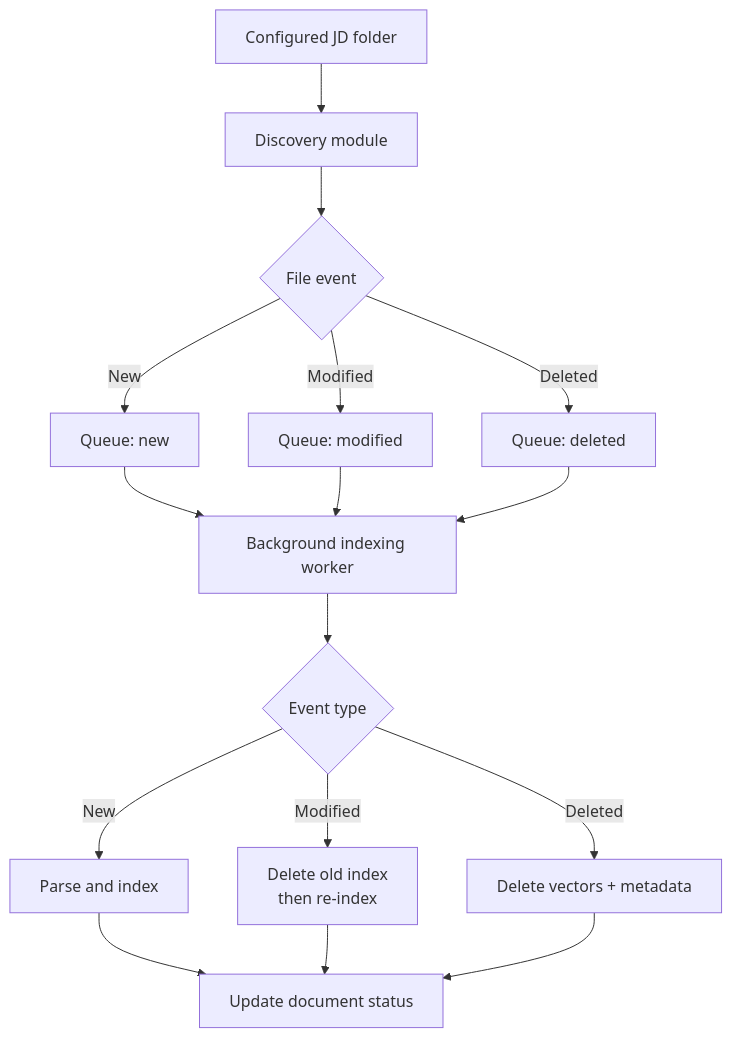
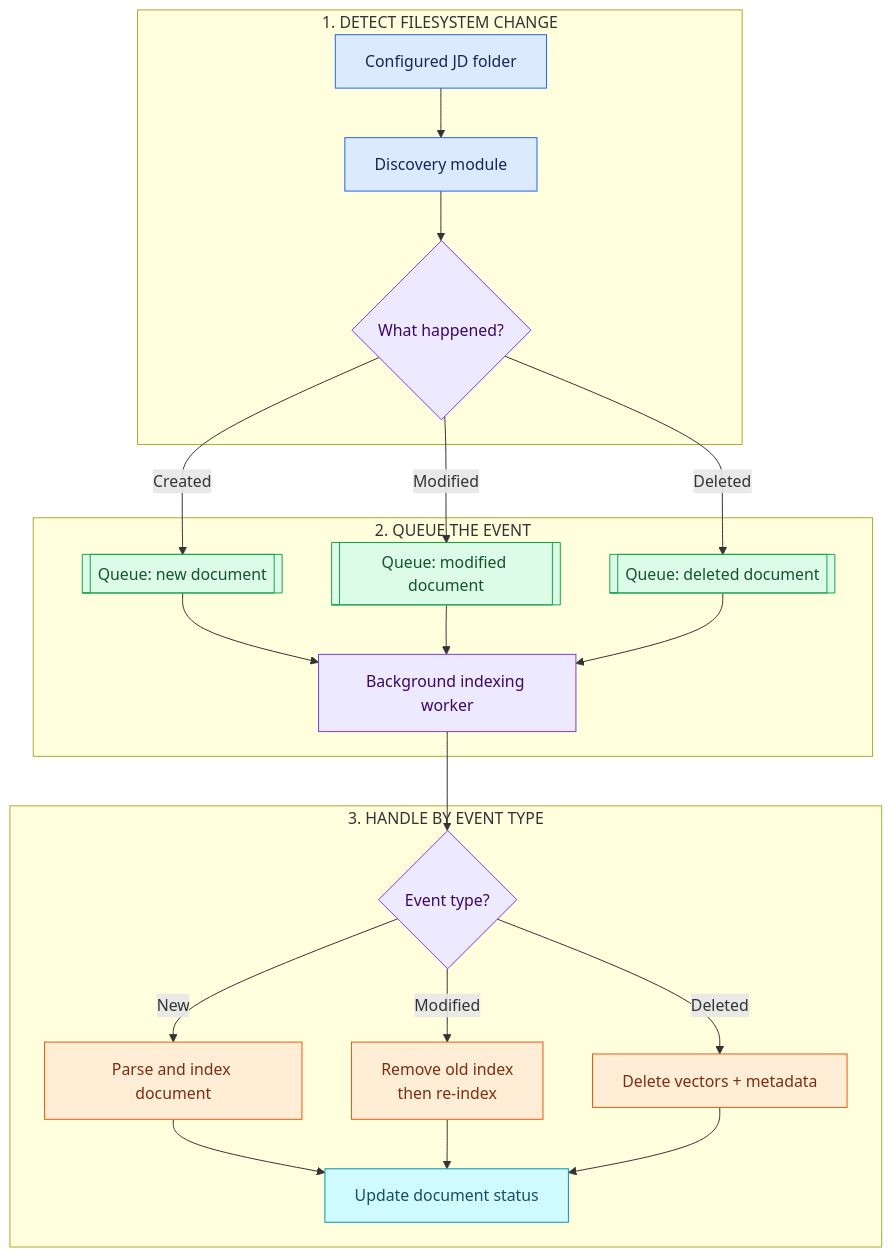
One commit to pratik-0302/job_description_agent changed the second of 15 diagrams in README.md. Above: the diagram before and after it, drawn with Mermaid. The commit also changed other lines of this file, not shown here.

Commit message:
docs: standardize README diagrams with staged architecture flows

````diff
--- a/README.md
+++ b/README.md
@@ -132,18 +146,37 @@
 ```mermaid
-flowchart TD
-    A["Configured JD folder"] --> B["Discovery module"]
-    B --> C{"File event"}
-    C -->|New| D["Queue: new"]
-    C -->|Modified| E["Queue: modified"]
-    C -->|Deleted| F["Queue: deleted"]
-    D --> G["Background indexing worker"]
-    E --> G
-    F --> G
-    G --> H{"Event type"}
-    H -->|New| I["Parse and index"]
-    H -->|Modified| J["Delete old index<br/>then re-index"]
-    H -->|Deleted| K["Delete vectors + metadata"]
-    I --> L["Update document status"]
-    J --> L
-    K --> L
+flowchart TB
+    subgraph DETECT["1. DETECT FILESYSTEM CHANGE"]
+        FOLDER["Configured JD folder"] --> DISC["Discovery module"]
+        DISC --> EVENT{"What happened?"}
+    end
+
+    subgraph QUEUE["2. QUEUE THE EVENT"]
+        EVENT -->|Created| NEW[["Queue: new document"]]
+        EVENT -->|Modified| MOD[["Queue: modified document"]]
+        EVENT -->|Deleted| DEL[["Queue: deleted document"]]
+        NEW --> WORKER["Background indexing worker"]
+        MOD --> WORKER
+        DEL --> WORKER
+    end
+
+    subgraph ROUTE["3. HANDLE BY EVENT TYPE"]
+        WORKER --> TYPE{"Event type?"}
+        TYPE -->|New| PARSE["Parse and index document"]
+        TYPE -->|Modified| REPLACE["Remove old index<br/>then re-index"]
+        TYPE -->|Deleted| REMOVE["Delete vectors + metadata"]
+        PARSE --> STATUS["Update document status"]
+        REPLACE --> STATUS
+        REMOVE --> STATUS
+    end
+
+    classDef detect fill:#dbeafe,stroke:#2563eb,color:#172554
+    classDef queue fill:#dcfce7,stroke:#16a34a,color:#14532d
+    classDef process fill:#ffedd5,stroke:#ea580c,color:#7c2d12
+    classDef decision fill:#ede9fe,stroke:#7c3aed,color:#3b0764
+    classDef finish fill:#cffafe,stroke:#0891b2,color:#164e63
+    class FOLDER,DISC detect
+    class NEW,MOD,DEL queue
+    class PARSE,REPLACE,REMOVE process
+    class EVENT,WORKER,TYPE decision
+    class STATUS finish
 ```
````
